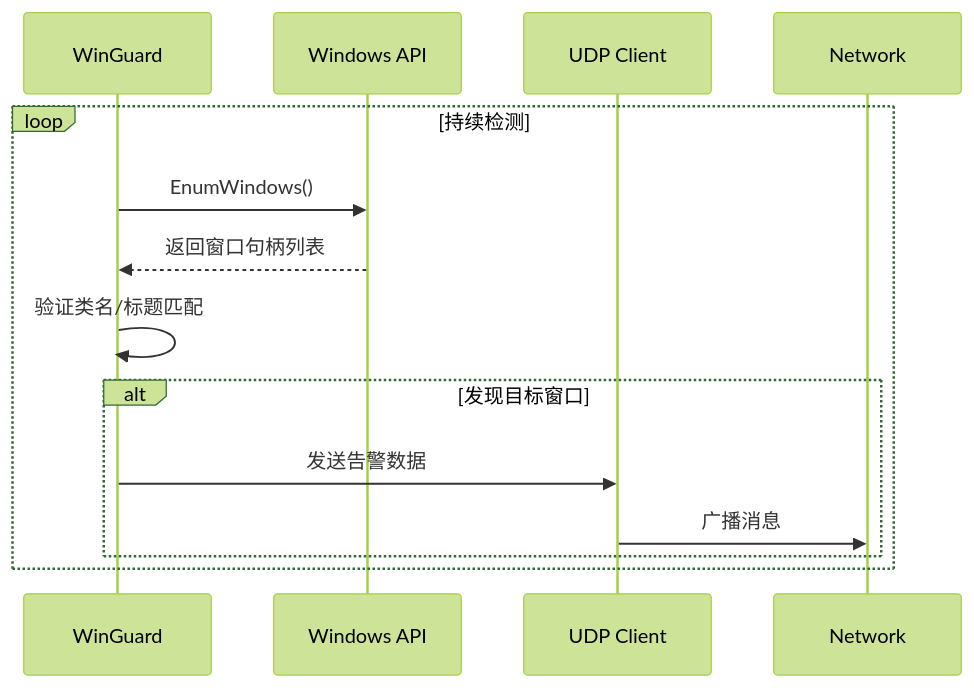
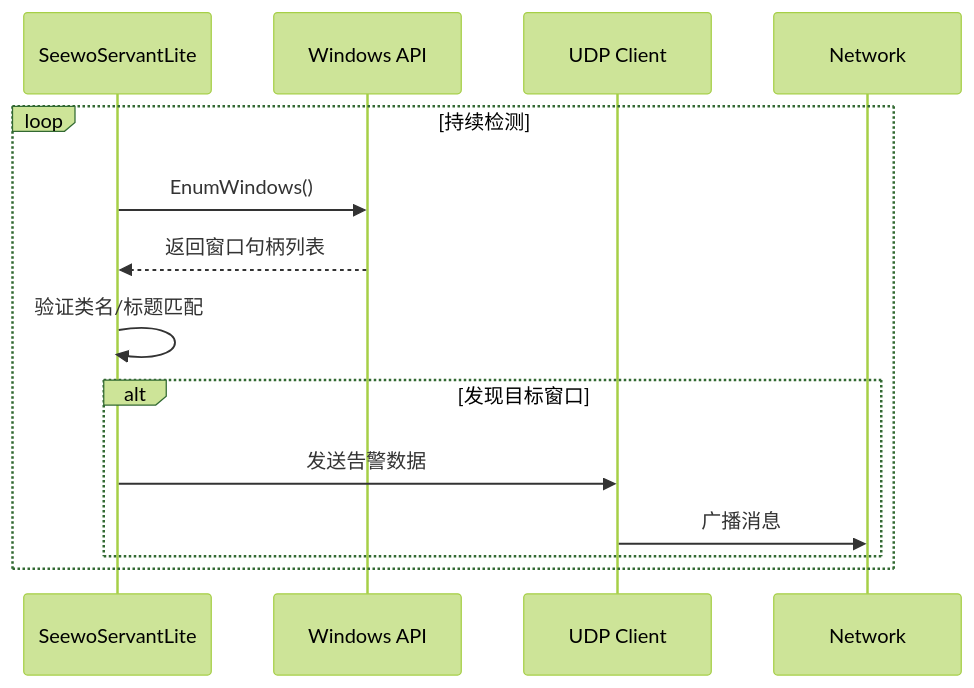
Before and after one commit to fengyec2/SeewoServantLite: the diagram in README.md, drawn with Mermaid (forest theme). The commit also changed other lines of this file, not shown here.

````diff
--- a/README.md
+++ b/README.md
@@ -69,12 +70,12 @@
 ```mermaid
 sequenceDiagram
     Loop 持续检测
-        WinGuard->>Windows API: EnumWindows()
-        Windows API-->>WinGuard: 返回窗口句柄列表
-        WinGuard->>WinGuard: 验证类名/标题匹配
+        SeewoServantLite->>Windows API: EnumWindows()
+        Windows API-->>SeewoServantLite: 返回窗口句柄列表
+        SeewoServantLite->>SeewoServantLite: 验证类名/标题匹配
         alt 发现目标窗口
-            WinGuard->>UDP Client: 发送告警数据
+            SeewoServantLite->>UDP Client: 发送告警数据
             UDP Client->>Network: 广播消息
         end
     end
 ```
````
